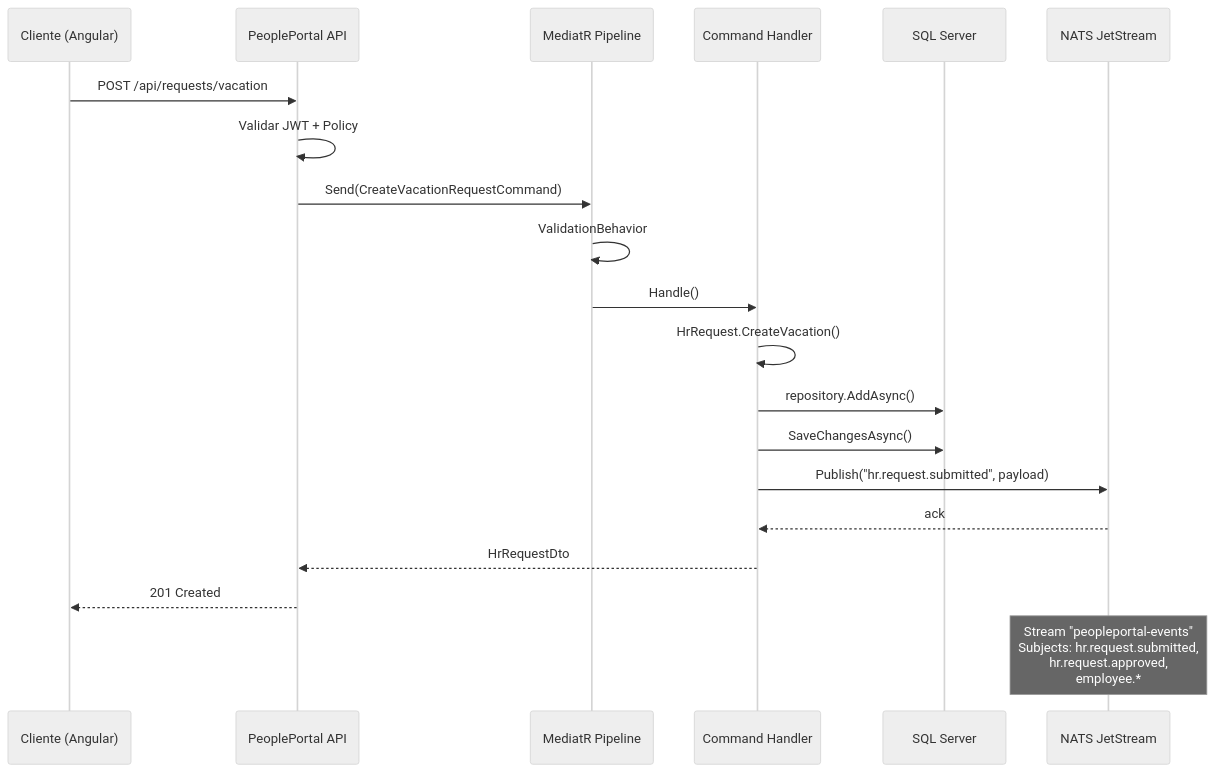
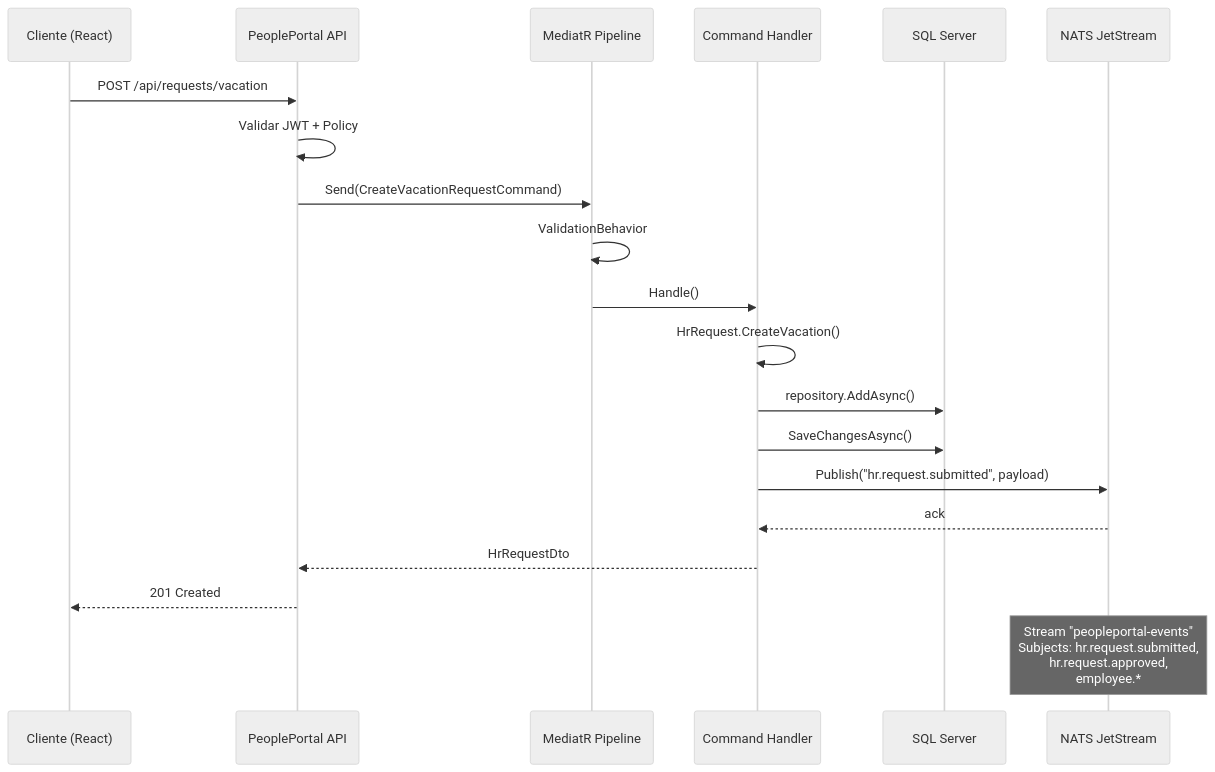
One commit to bryanjosue17/PeoplePortal-BackEnd changed the second of 3 diagrams in docs/README.md. Above: the diagram before and after it, drawn with Mermaid (neutral theme). The commit also changed 16 other files, not shown here.

````diff
--- a/docs/README.md
+++ b/docs/README.md
@@ -55,24 +55,24 @@
 ```mermaid
 sequenceDiagram
-    participant C as Cliente (Angular)
+    participant C as Cliente (React)
     participant API as PeoplePortal API
     participant MediatR as MediatR Pipeline
     participant Handler as Command Handler
     participant DB as SQL Server
     participant NATS as NATS JetStream
 
     C->>API: POST /api/requests/vacation
     API->>API: Validar JWT + Policy
     API->>MediatR: Send(CreateVacationRequestCommand)
     MediatR->>MediatR: ValidationBehavior
     MediatR->>Handler: Handle()
     Handler->>Handler: HrRequest.CreateVacation()
     Handler->>DB: repository.AddAsync()
     Handler->>DB: SaveChangesAsync()
     Handler->>NATS: Publish("hr.request.submitted", payload)
     NATS-->>Handler: ack
     Handler-->>API: HrRequestDto
     API-->>C: 201 Created
 
     Note over NATS: Stream "peopleportal-events"<br/>Subjects: hr.request.submitted,<br/>hr.request.approved,<br/>employee.*
 ```
````
